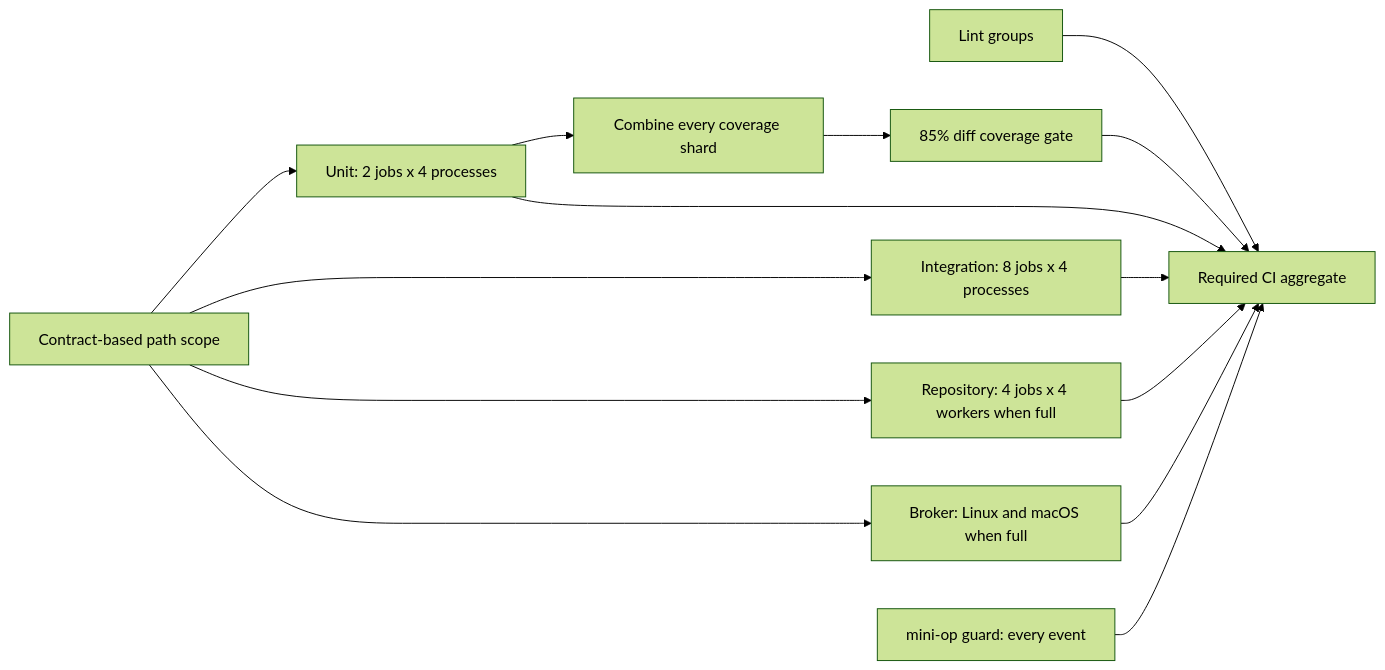
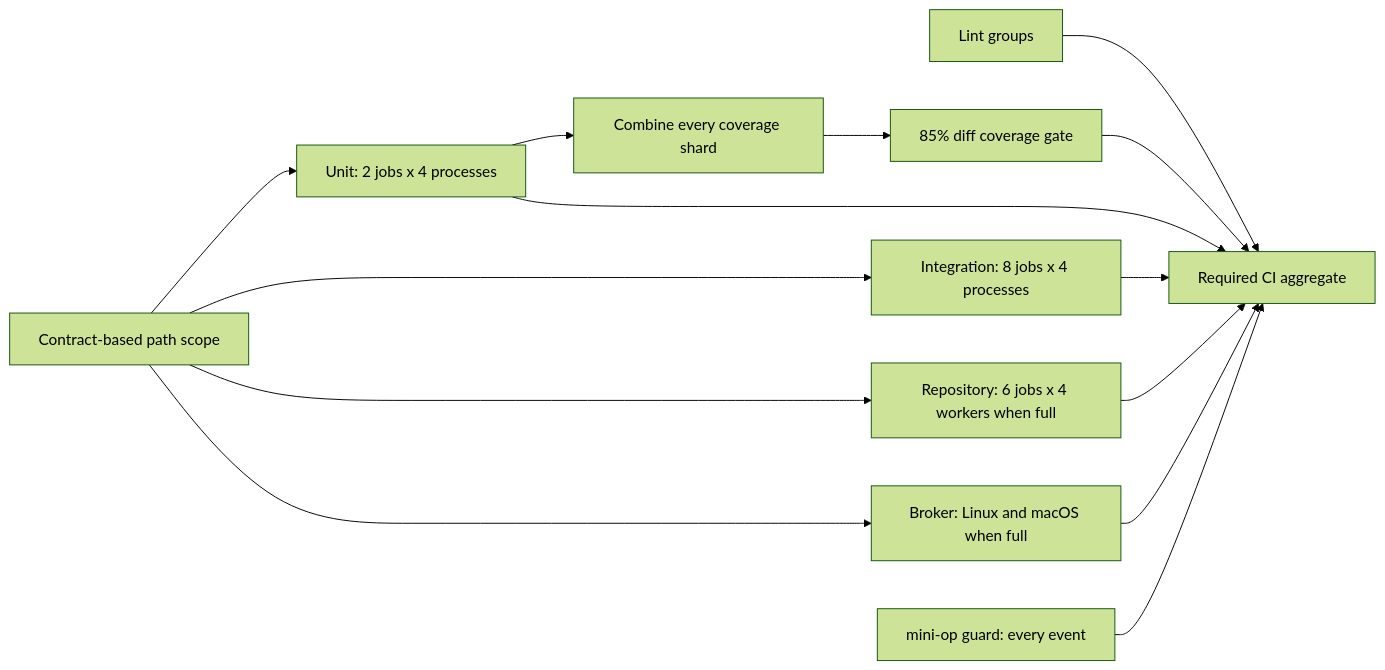
Before and after one commit to windroc-labs/ensemble: the diagram in docs/tests.md, drawn with Mermaid (forest theme). The commit also changed other lines of this file and 5 other files, not shown here.

````diff
--- a/docs/tests.md
+++ b/docs/tests.md
@@ -135,16 +137,16 @@
 ```mermaid
 flowchart LR
     S[Contract-based path scope] --> U
     S --> I
-    S --> R[Repository: 4 jobs x 4 workers when full]
+    S --> R[Repository: 6 jobs x 4 workers when full]
     S --> B
     L[Lint groups] --> CI[Required CI aggregate]
     U[Unit: 2 jobs x 4 processes] --> C[Combine every coverage shard]
     C --> G[85% diff coverage gate]
     G --> CI
     U --> CI
     I[Integration: 8 jobs x 4 processes] --> CI
     R --> CI
     B[Broker: Linux and macOS when full] --> CI
     M[mini-op guard: every event] --> CI
 ```
````
